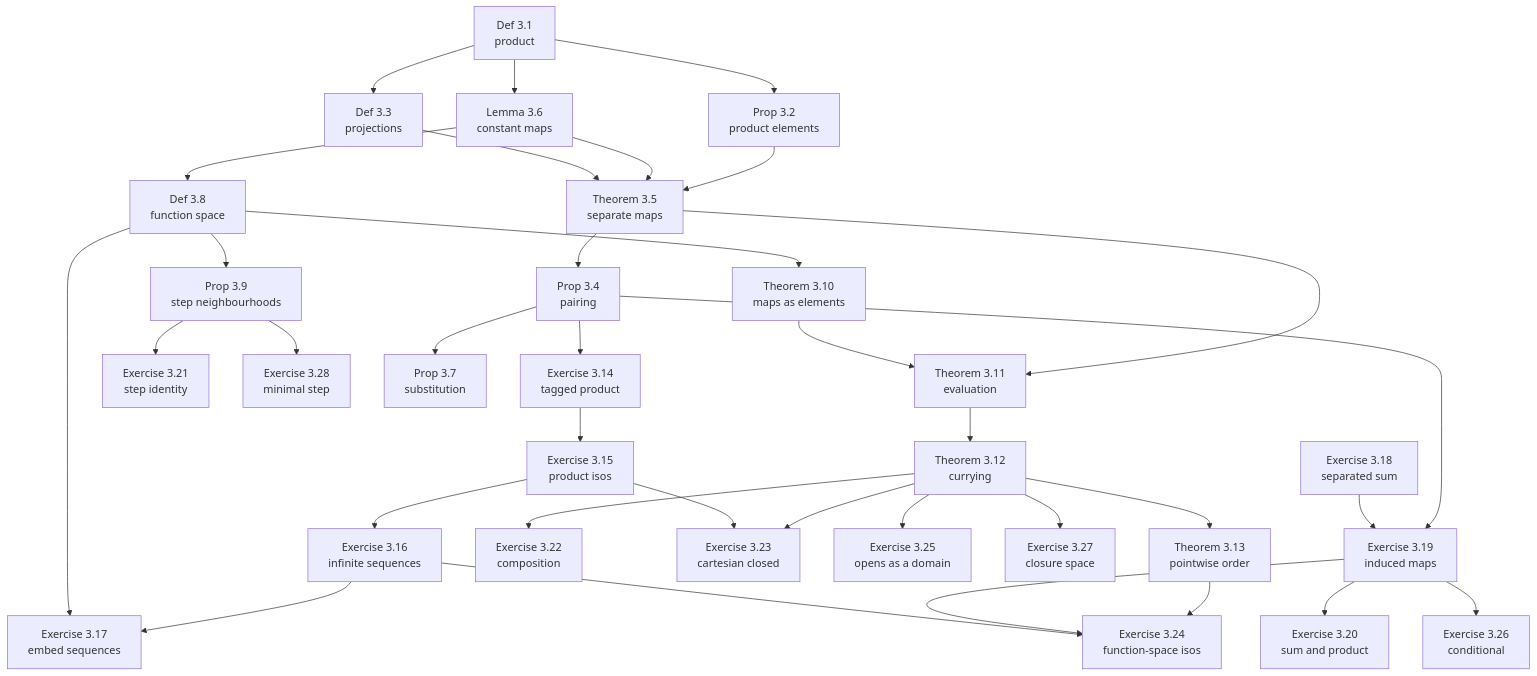
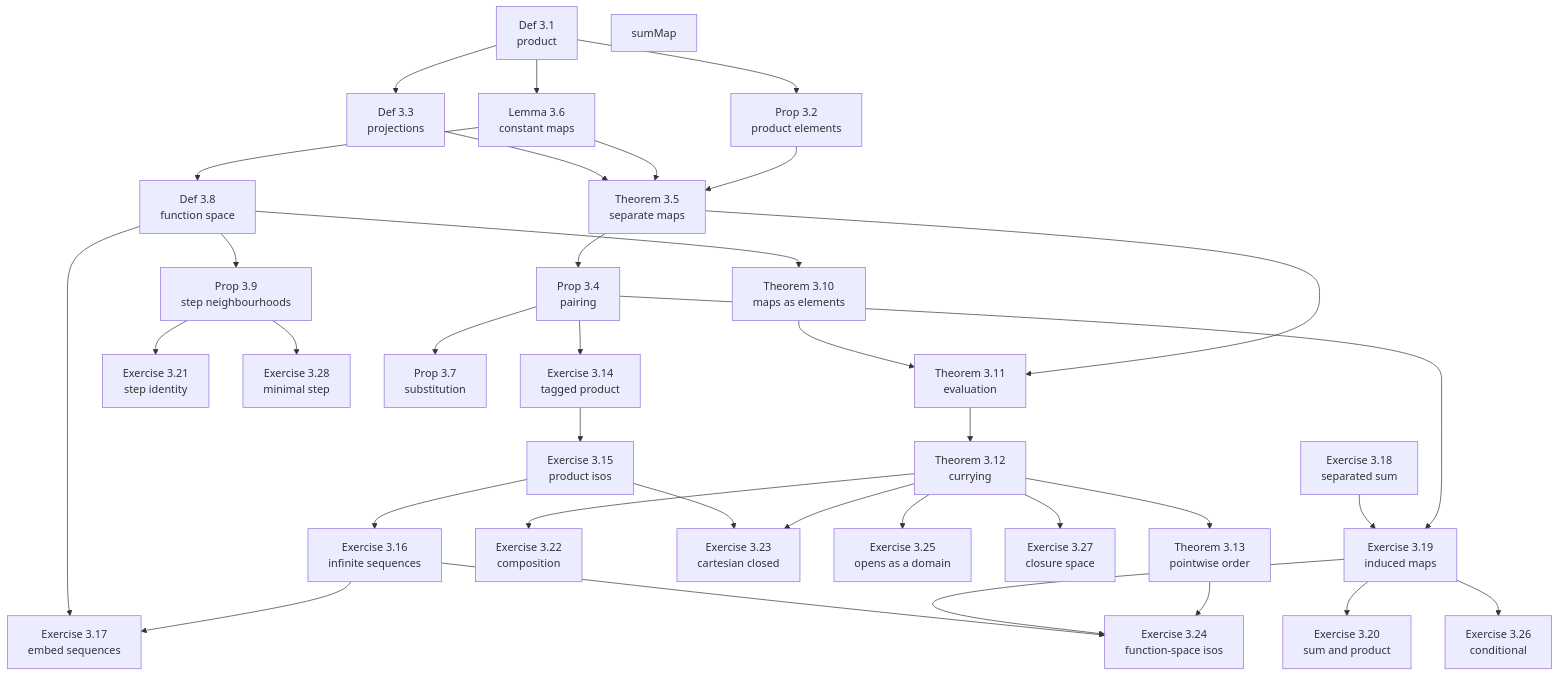
The diagram in DomainTheory/NeighbourhoodSystems/DomainConstructs/1980_Domain_constructs.mermaid (catskillsresearch/DomainTheory), drawn with Mermaid before and after one commit. The commit also changed 400 other files, not shown here.

First line of the commit message:
Fix 1972 chapter mermaid generation and refresh arxiv notes build.

```diff
--- a/DomainTheory/NeighbourhoodSystems/DomainConstructs/1980_Domain_constructs.mermaid
+++ b/DomainTheory/NeighbourhoodSystems/DomainConstructs/1980_Domain_constructs.mermaid
@@ -1,74 +1,75 @@
 %% Each box is one item. The arrowhead is on the item that imports.
 %% An arrow already implied by a longer path is omitted.
 %% The introduction has no Lean file, so it is not shown.
 flowchart TB
 
   Definition_3_1["Def 3.1<br>product"]
   Definition_3_3["Def 3.3<br>projections"]
   Definition_3_8["Def 3.8<br>function space"]
   Exercise_3_14["Exercise 3.14<br>tagged product"]
   Exercise_3_15["Exercise 3.15<br>product isos"]
   Exercise_3_16["Exercise 3.16<br>infinite sequences"]
   Exercise_3_17["Exercise 3.17<br>embed sequences"]
   Exercise_3_18["Exercise 3.18<br>separated sum"]
   Exercise_3_19["Exercise 3.19<br>induced maps"]
   Exercise_3_20["Exercise 3.20<br>sum and product"]
   Exercise_3_21["Exercise 3.21<br>step identity"]
   Exercise_3_22["Exercise 3.22<br>composition"]
   Exercise_3_23["Exercise 3.23<br>cartesian closed"]
   Exercise_3_24["Exercise 3.24<br>function-space isos"]
   Exercise_3_25["Exercise 3.25<br>opens as a domain"]
   Exercise_3_26["Exercise 3.26<br>conditional"]
   Exercise_3_27["Exercise 3.27<br>closure space"]
   Exercise_3_28["Exercise 3.28<br>minimal step"]
   Lemma_3_6["Lemma 3.6<br>constant maps"]
   Proposition_3_2["Prop 3.2<br>product elements"]
   Proposition_3_4["Prop 3.4<br>pairing"]
   Proposition_3_7["Prop 3.7<br>substitution"]
   Proposition_3_9["Prop 3.9<br>step neighbourhoods"]
+  sumMap["sumMap"]
   Theorem_3_10["Theorem 3.10<br>maps as elements"]
   Theorem_3_11["Theorem 3.11<br>evaluation"]
   Theorem_3_12["Theorem 3.12<br>currying"]
   Theorem_3_13["Theorem 3.13<br>pointwise order"]
   Theorem_3_5["Theorem 3.5<br>separate maps"]
 
   Definition_3_1 --> Definition_3_3
   Lemma_3_6 --> Definition_3_8
   Proposition_3_4 --> Exercise_3_14
   Exercise_3_14 --> Exercise_3_15
   Exercise_3_15 --> Exercise_3_16
   Definition_3_8 --> Exercise_3_17
   Exercise_3_16 --> Exercise_3_17
   Exercise_3_18 --> Exercise_3_19
   Proposition_3_4 --> Exercise_3_19
   Exercise_3_19 --> Exercise_3_20
   Proposition_3_9 --> Exercise_3_21
   Theorem_3_12 --> Exercise_3_22
   Exercise_3_15 --> Exercise_3_23
   Theorem_3_12 --> Exercise_3_23
   Exercise_3_16 --> Exercise_3_24
   Exercise_3_19 --> Exercise_3_24
   Theorem_3_13 --> Exercise_3_24
   Theorem_3_12 --> Exercise_3_25
   Exercise_3_19 --> Exercise_3_26
   Theorem_3_12 --> Exercise_3_27
   Proposition_3_9 --> Exercise_3_28
   Definition_3_1 --> Lemma_3_6
   Definition_3_1 --> Proposition_3_2
   Theorem_3_5 --> Proposition_3_4
   Proposition_3_4 --> Proposition_3_7
   Definition_3_8 --> Proposition_3_9
   Definition_3_8 --> Theorem_3_10
   Theorem_3_10 --> Theorem_3_11
   Theorem_3_5 --> Theorem_3_11
   Theorem_3_11 --> Theorem_3_12
   Theorem_3_12 --> Theorem_3_13
   Definition_3_3 --> Theorem_3_5
   Lemma_3_6 --> Theorem_3_5
   Proposition_3_2 --> Theorem_3_5
 
 %%{init: {"flowchart": {"wrappingWidth": 2000}}}%%
   classDef cdef fill:#dbeafe,stroke:#1d4ed8,color:#1e3a8a
   classDef cprop fill:#dcfce7,stroke:#15803d,color:#14532d
   classDef cex fill:#e0e7ff,stroke:#4338ca,color:#312e81
   classDef cthm fill:#fee2e2,stroke:#b91c1c,color:#7f1d1d
```
